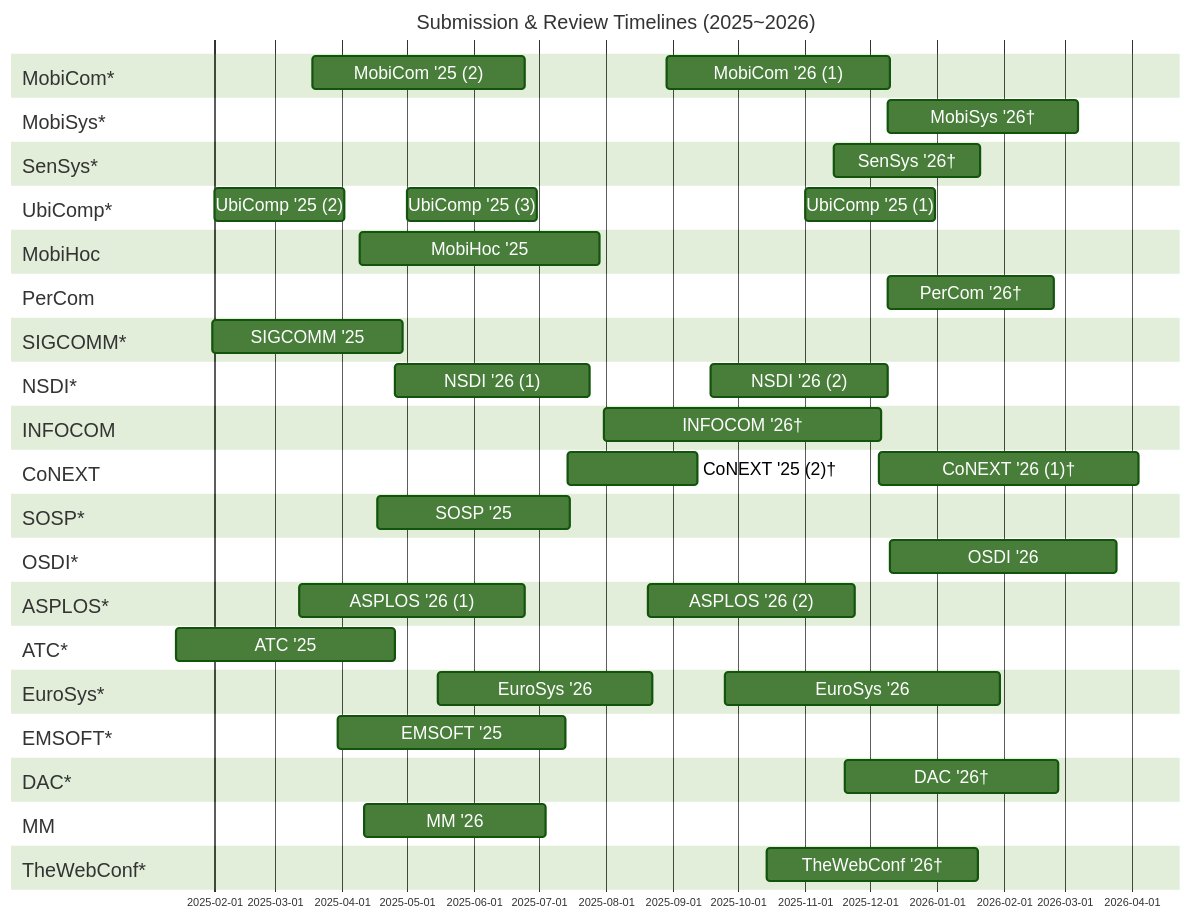
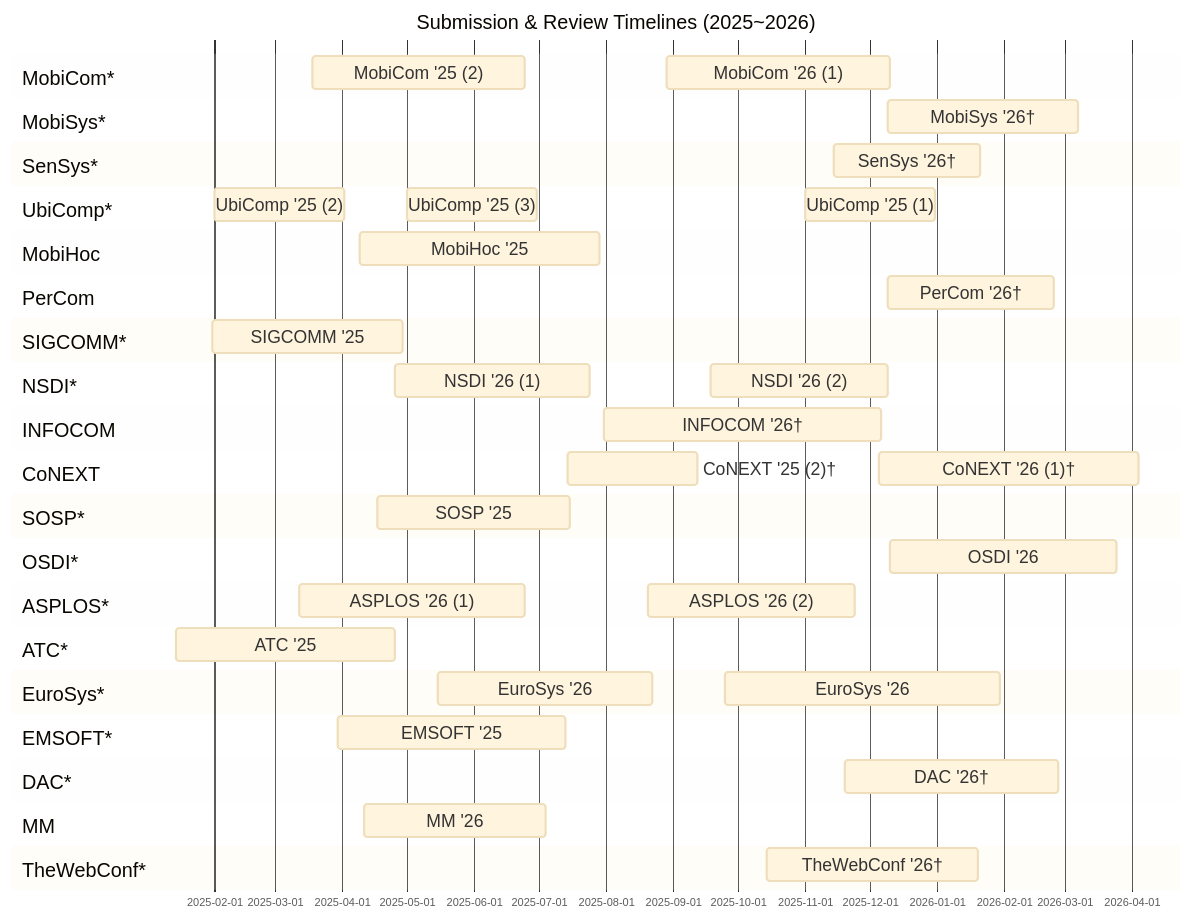
The diagram in README.md (iamseonghoon/Mobile-Systems-Conference-Timelines), drawn with Mermaid before and after one commit.

````diff
--- a/README.md
+++ b/README.md
@@ -8,5 +8,5 @@
 ```mermaid
-%%{init: {'theme': 'forest',
+%%{init: {'theme': 'base',
 'themeVariables': {
       'fontSize': '18px'},
 "gantt": {
````
